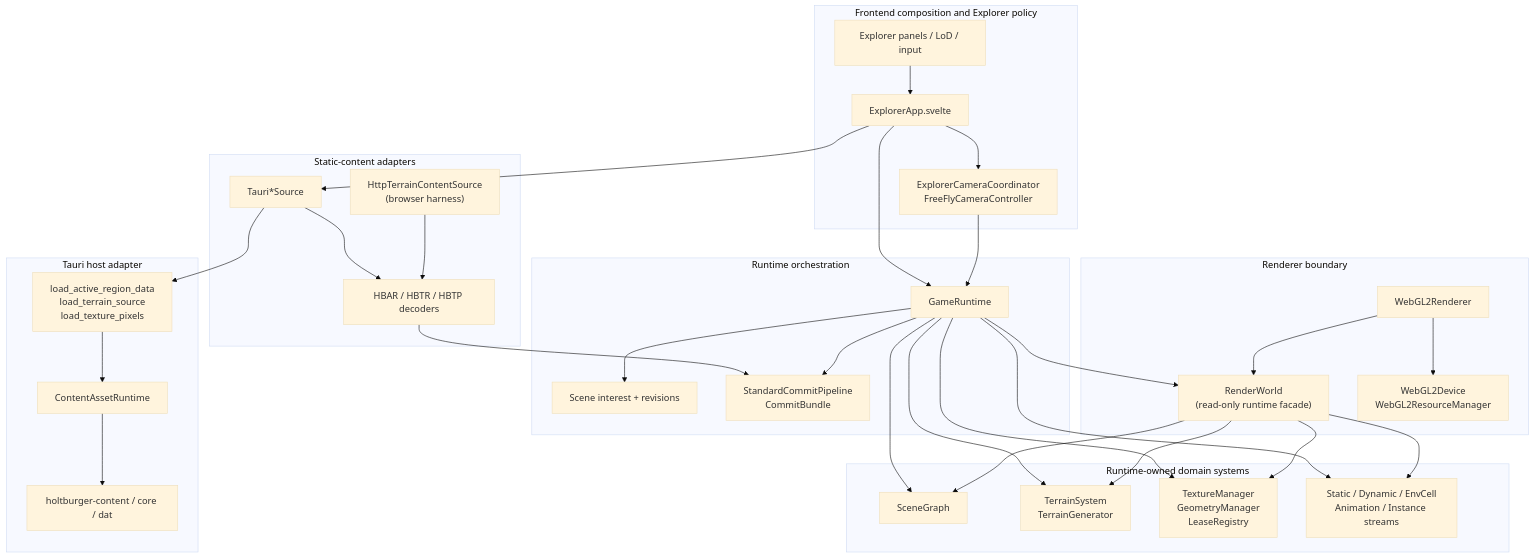
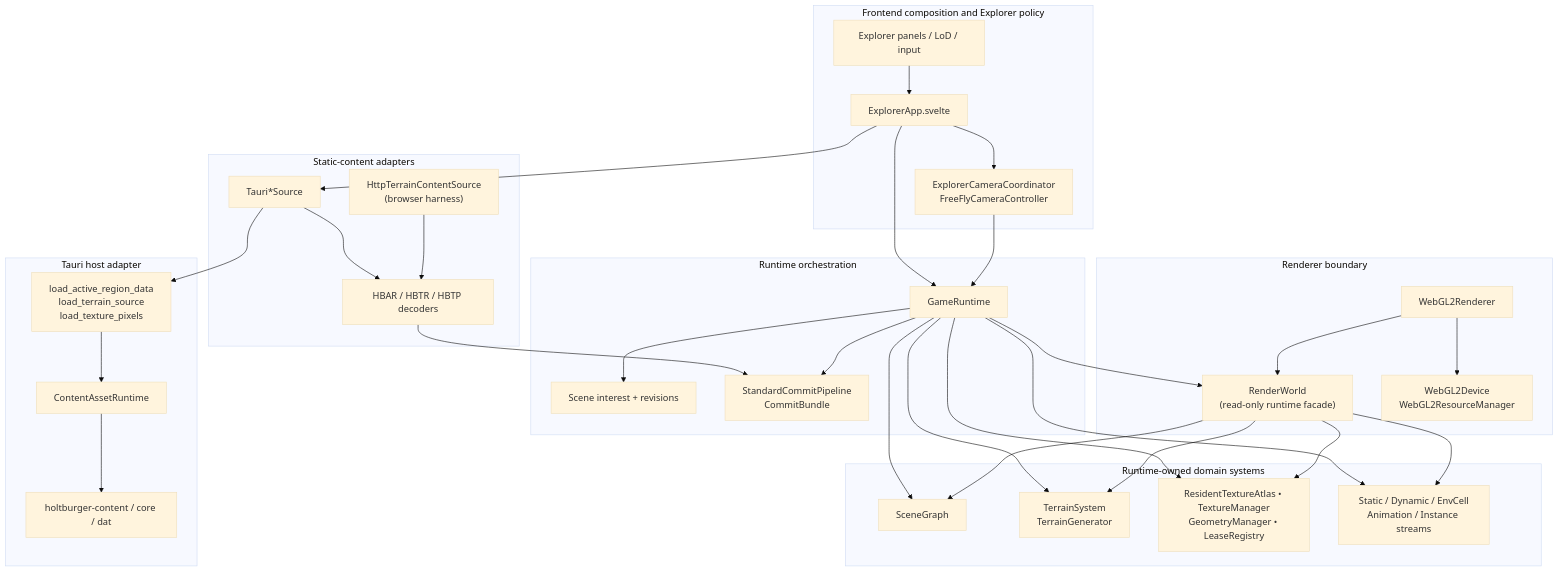
Before and after one commit to merklejerk/holtburger: the first of 3 diagrams in apps/holtburger-3d/ARCHITECTURE_AUDIT.md, drawn with Mermaid (base theme). The commit also changed other lines of this file and 2 other files, not shown here.

Commit message:
docs(3d): close atlas residency migration

````diff
--- a/apps/holtburger-3d/ARCHITECTURE_AUDIT.md
+++ b/apps/holtburger-3d/ARCHITECTURE_AUDIT.md
@@ -30,64 +30,64 @@
 ```mermaid
 flowchart TD
     subgraph UX["Frontend composition and Explorer policy"]
         Explorer["ExplorerApp.svelte"]
         Tools["Explorer panels / LoD / input"]
         Camera["ExplorerCameraCoordinator<br/>FreeFlyCameraController"]
     end
 
     subgraph Adapters["Static-content adapters"]
         TauriSources["Tauri*Source"]
         HttpSource["HttpTerrainContentSource<br/>(browser harness)"]
         Decoders["HBAR / HBTR / HBTP decoders"]
     end
 
     subgraph Runtime["Runtime orchestration"]
         GameRuntime["GameRuntime"]
         Interest["Scene interest + revisions"]
         Commit["StandardCommitPipeline<br/>CommitBundle"]
     end
 
     subgraph Domain["Runtime-owned domain systems"]
         Scene["SceneGraph"]
         Terrain["TerrainSystem<br/>TerrainGenerator"]
-        Resources["TextureManager<br/>GeometryManager<br/>LeaseRegistry"]
+        Resources["ResidentTextureAtlas • TextureManager<br/>GeometryManager • LeaseRegistry"]
         Systems["Static / Dynamic / EnvCell<br/>Animation / Instance streams"]
     end
 
     subgraph Render["Renderer boundary"]
         RenderWorld["RenderWorld<br/>(read-only runtime facade)"]
         Renderer["WebGL2Renderer"]
         Device["WebGL2Device<br/>WebGL2ResourceManager"]
     end
 
     subgraph Host["Tauri host adapter"]
         Commands["load_active_region_data<br/>load_terrain_source<br/>load_texture_pixels"]
         ContentRuntime["ContentAssetRuntime"]
         SharedCrates["holtburger-content / core / dat"]
     end
 
     Tools --> Explorer
     Explorer --> Camera
     Explorer --> TauriSources
     Explorer --> GameRuntime
     Camera --> GameRuntime
     TauriSources --> Decoders
     HttpSource --> Decoders
     Decoders --> Commit
     GameRuntime --> Interest
     GameRuntime --> Commit
     GameRuntime --> Scene
     GameRuntime --> Terrain
     GameRuntime --> Resources
     GameRuntime --> Systems
     GameRuntime --> RenderWorld
     RenderWorld --> Scene
     RenderWorld --> Terrain
     RenderWorld --> Resources
     RenderWorld --> Systems
     Renderer --> RenderWorld
     Renderer --> Device
     TauriSources --> Commands
     Commands --> ContentRuntime
     ContentRuntime --> SharedCrates
 ```
````
